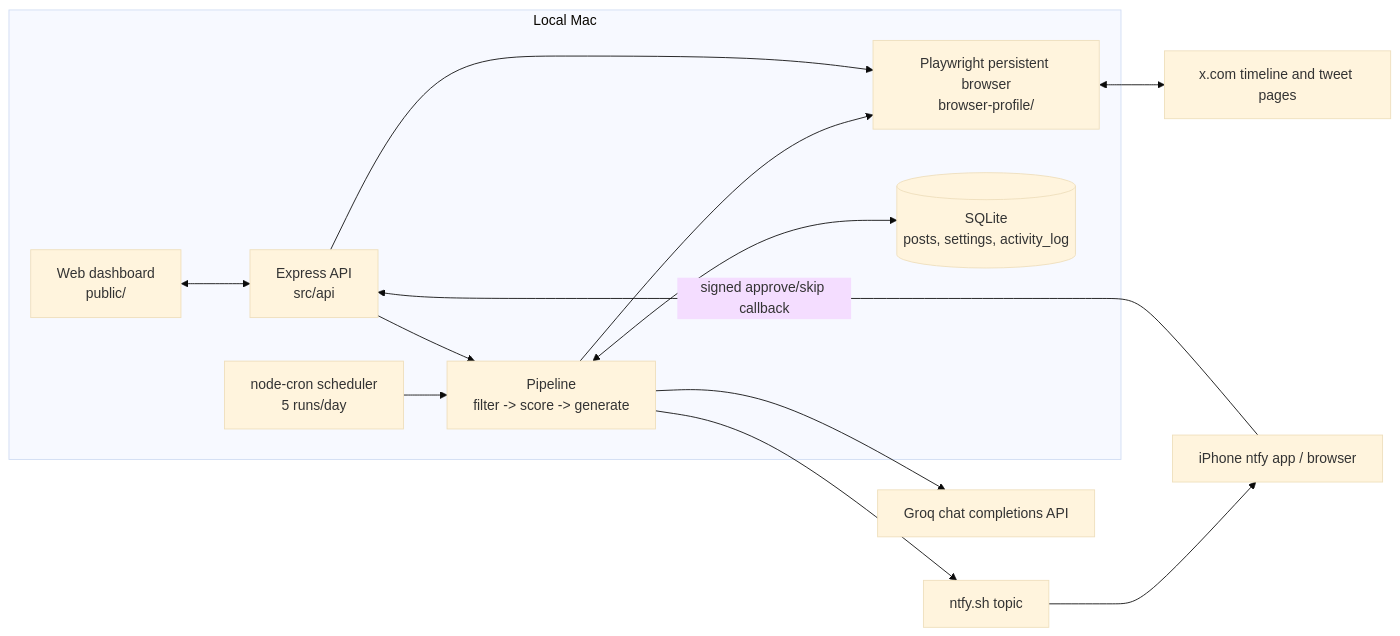
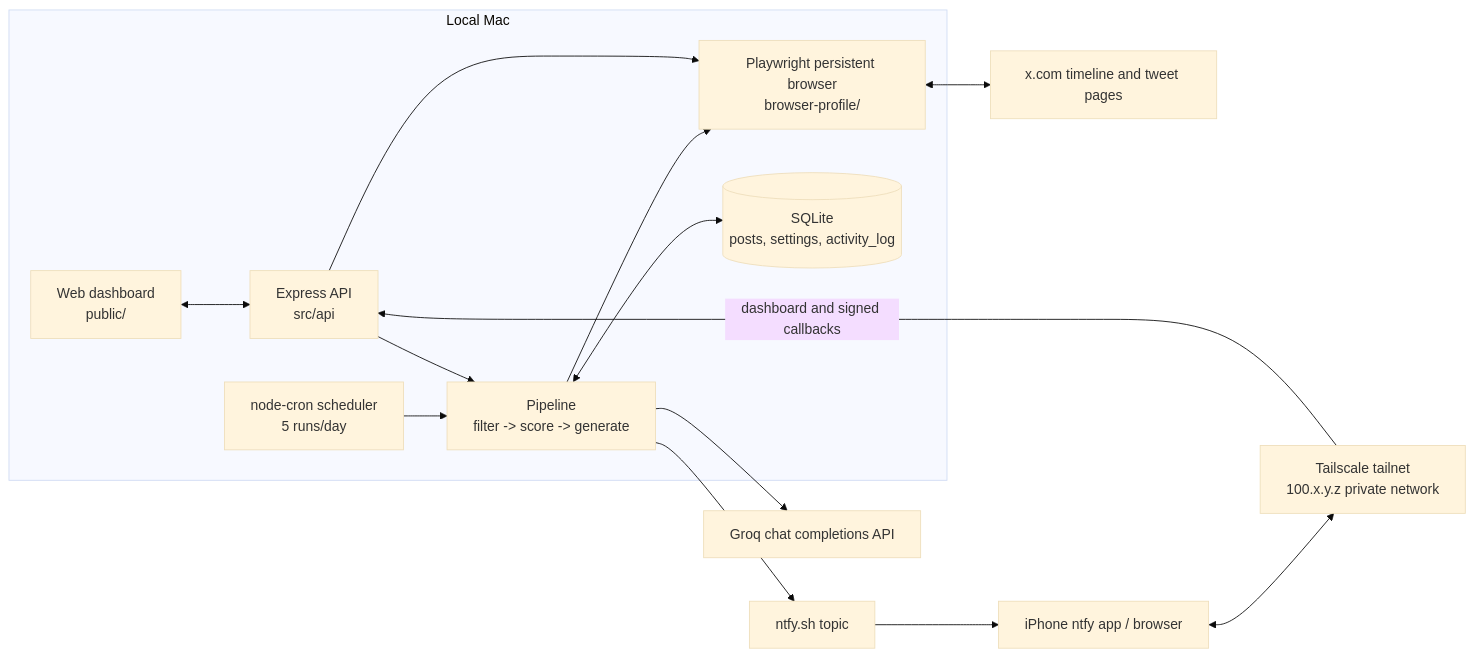
One commit to MaxRecursion/Xposter changed the diagram in docs/diagrams/system-architecture.mmd. Above: the diagram before and after it, drawn with Mermaid (base theme). The commit also changed 8 other files, not shown here.

Commit message:
Add Tailscale dashboard trust for phone access

```diff
--- a/docs/diagrams/system-architecture.mmd
+++ b/docs/diagrams/system-architecture.mmd
@@ -1,26 +1,28 @@
 flowchart LR
   subgraph "Local Mac"
     Dashboard["Web dashboard\npublic/"]
     API["Express API\nsrc/api"]
     Scheduler["node-cron scheduler\n5 runs/day"]
     Pipeline["Pipeline\nfilter -> score -> generate"]
     Browser["Playwright persistent browser\nbrowser-profile/"]
     DB[("SQLite\nposts, settings, activity_log")]
   end
 
   X["x.com timeline and tweet pages"]
   Groq["Groq chat completions API"]
   Ntfy["ntfy.sh topic"]
+  Tailnet["Tailscale tailnet\n100.x.y.z private network"]
   Phone["iPhone ntfy app / browser"]
 
   Dashboard <--> API
   Scheduler --> Pipeline
   API --> Pipeline
   Pipeline --> Browser
   Browser <--> X
   Pipeline --> Groq
   Pipeline <--> DB
   Pipeline --> Ntfy
   Ntfy --> Phone
-  Phone -->|"signed approve/skip callback"| API
+  Phone <--> Tailnet
+  Tailnet -->|"dashboard and signed callbacks"| API
   API --> Browser
```
